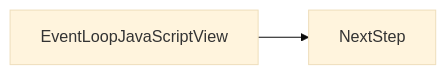
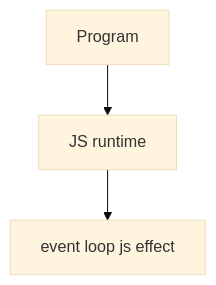
The second of 2 diagrams in docs/en/06-javascript/event-loop-js/index.md (OmidJavaherii/Frontend-Engineering-Handbook), drawn with Mermaid (base theme) before and after one commit. The commit also changed other lines of this file and 461 other files, not shown here.

````diff
--- a/docs/en/06-javascript/event-loop-js/index.md
+++ b/docs/en/06-javascript/event-loop-js/index.md
@@ -99,4 +113,5 @@
 ```mermaid
-flowchart LR
-  concept[EventLoopJavaScriptView] --> nextStep[NextStep]
+flowchart TD
+  Code[Program] --> Runtime[JS runtime]
+  Runtime --> Effect[event loop js effect]
 ```
````
